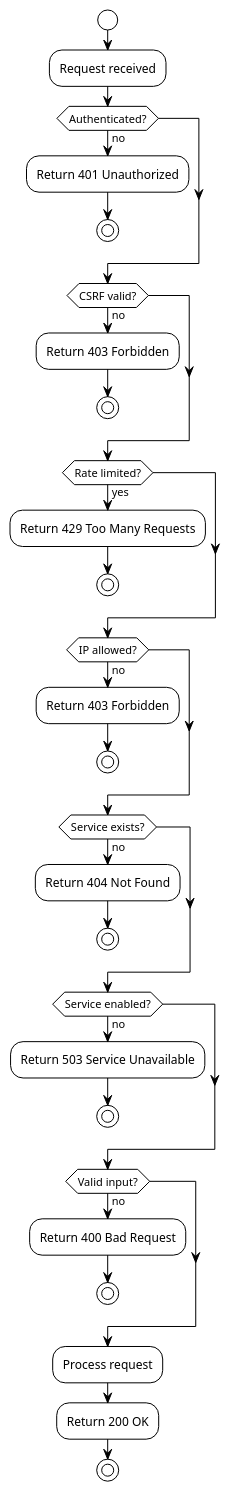
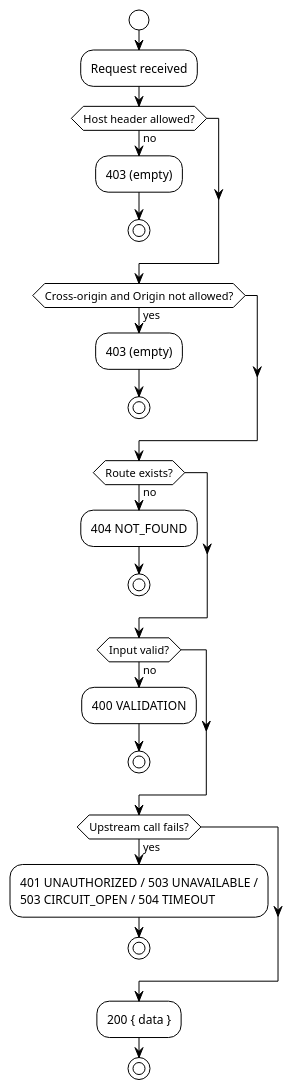
Before and after one commit to EraPartner/Watchman: the second of 2 diagrams in docs/reference/error-codes.md, drawn with PlantUML. The commit also changed other lines of this file and 32 other files, not shown here.

````diff
--- a/docs/reference/error-codes.md
+++ b/docs/reference/error-codes.md
@@ -119,49 +95,38 @@
 ```plantuml
 @startuml
 !theme plain
 
 start
 
 :Request received;
 
-if (Authenticated?) then (no)
-    :Return 401 Unauthorized;
+if (Host header allowed?) then (no)
+    :403 (empty);
     stop
 endif
 
-if (CSRF valid?) then (no)
-    :Return 403 Forbidden;
+if (Cross-origin and Origin not allowed?) then (yes)
+    :403 (empty);
     stop
 endif
 
-if (Rate limited?) then (yes)
-    :Return 429 Too Many Requests;
+if (Route exists?) then (no)
+    :404 NOT_FOUND;
     stop
 endif
 
-if (IP allowed?) then (no)
-    :Return 403 Forbidden;
+if (Input valid?) then (no)
+    :400 VALIDATION;
     stop
 endif
 
-if (Service exists?) then (no)
-    :Return 404 Not Found;
+if (Upstream call fails?) then (yes)
+    :401 UNAUTHORIZED / 503 UNAVAILABLE /\n503 CIRCUIT_OPEN / 504 TIMEOUT;
     stop
 endif
 
-if (Service enabled?) then (no)
-    :Return 503 Service Unavailable;
-    stop
-endif
-
-if (Valid input?) then (no)
-    :Return 400 Bad Request;
-    stop
-endif
-
-:Process request;
-:Return 200 OK;
+:200 { data };
 
 stop
 @enduml
 ```
````
